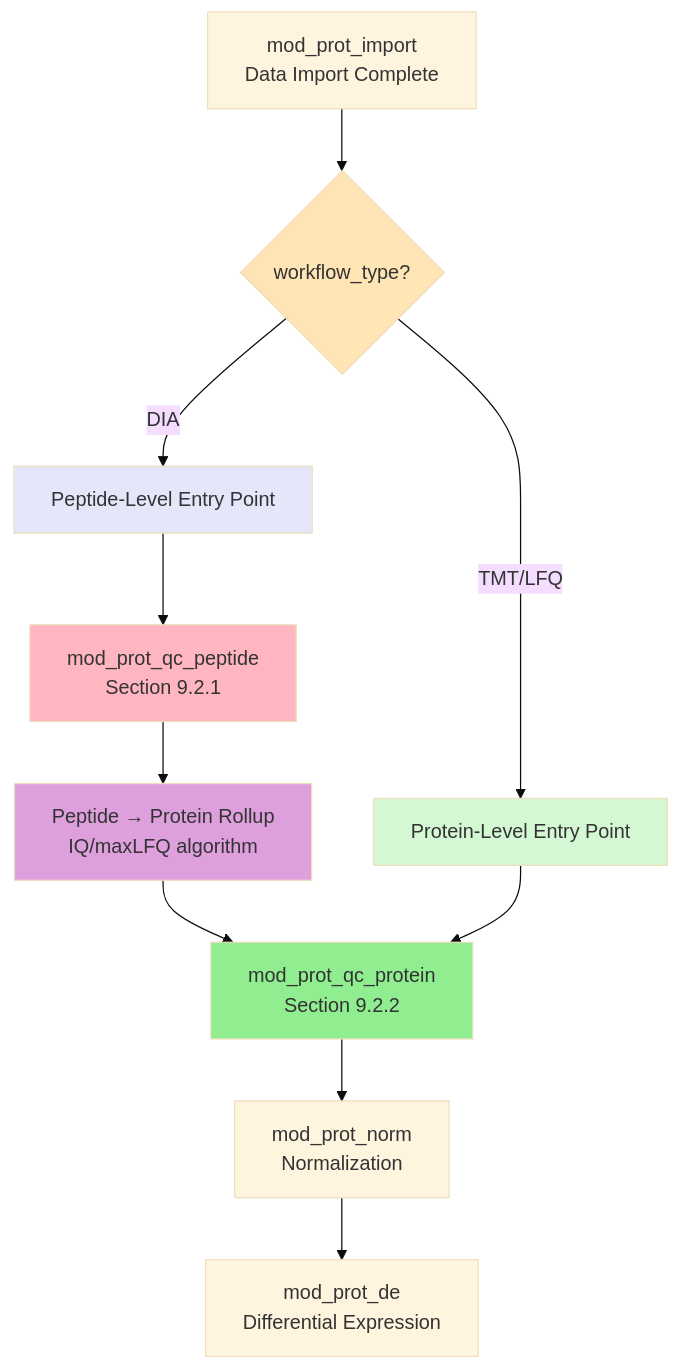
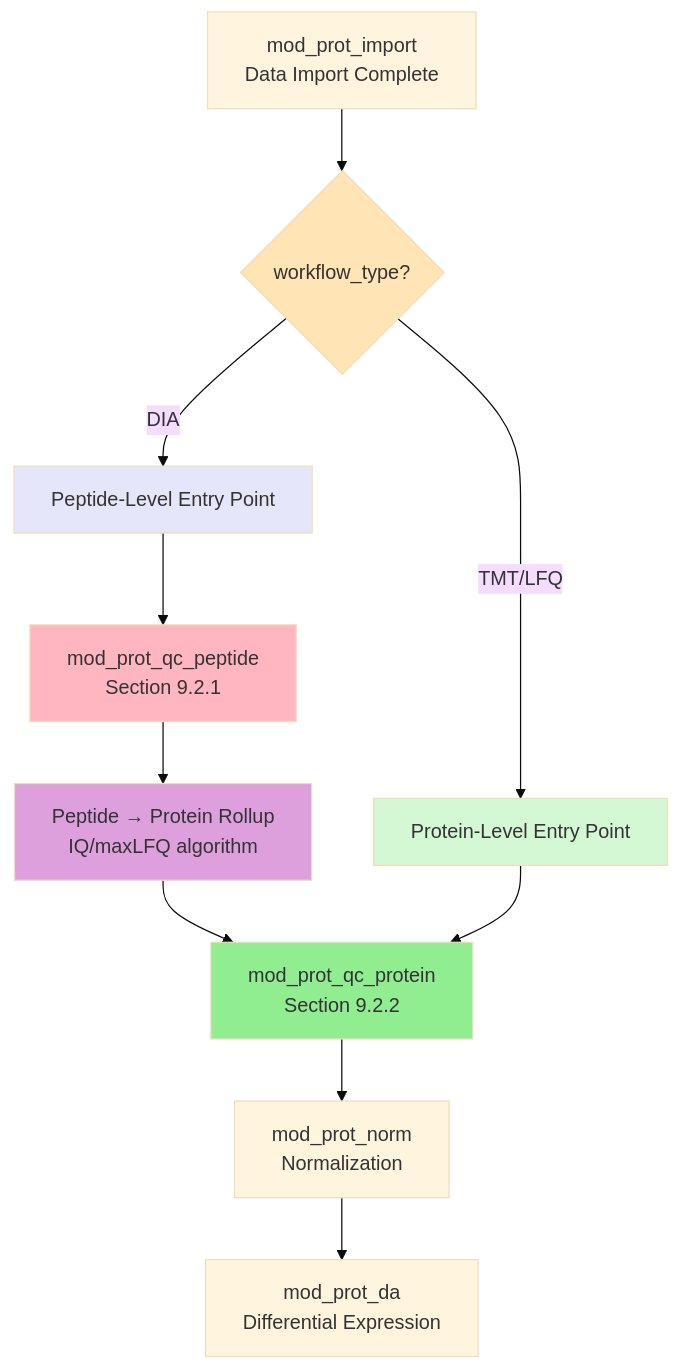
Before and after one commit to APAF-bioinformatics/MultiScholaR: the eighth of 15 diagrams in docs/dummies_guide_to_multischolar.md, drawn with Mermaid (base theme). The commit also changed other lines of this file and 115 other files, not shown here.

````diff
--- a/docs/dummies_guide_to_multischolar.md
+++ b/docs/dummies_guide_to_multischolar.md
@@ -3413,23 +3413,23 @@
 ```mermaid
 flowchart TD
     Import[mod_prot_import<br/>Data Import Complete] --> CheckType{workflow_type?}
     
     CheckType -->|DIA| PeptPath[Peptide-Level Entry Point]
     CheckType -->|TMT/LFQ| ProtPath[Protein-Level Entry Point]
     
     PeptPath --> PeptQC[mod_prot_qc_peptide<br/>Section 9.2.1]
     PeptQC --> Rollup[Peptide → Protein Rollup<br/>IQ/maxLFQ algorithm]
     Rollup --> ProtQC[mod_prot_qc_protein<br/>Section 9.2.2]
     
     ProtPath --> ProtQC
     
     ProtQC --> Norm[mod_prot_norm<br/>Normalization]
-    Norm --> DE[mod_prot_de<br/>Differential Expression]
+    Norm --> DE[mod_prot_da<br/>Differential Expression]
     
     style CheckType fill:#FFE4B5
     style PeptPath fill:#E6E6FA
     style ProtPath fill:#D4F8D4
     style PeptQC fill:#FFB6C1
     style ProtQC fill:#90EE90
     style Rollup fill:#DDA0DD
 ```
````
